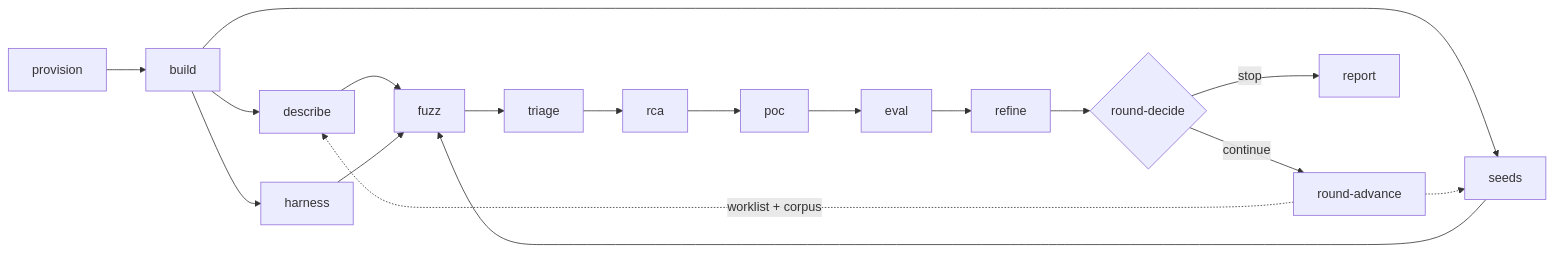
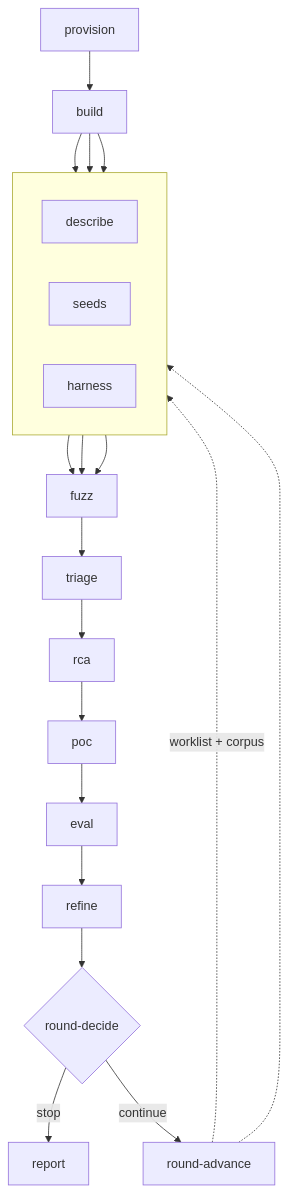
The diagram in docs/src/content/docs/getting-started/first-campaign.md (Indspl0it/gspwn), drawn with Mermaid before and after one commit. The commit also changed other lines of this file and 6 other files, not shown here.

````diff
--- a/docs/src/content/docs/getting-started/first-campaign.md
+++ b/docs/src/content/docs/getting-started/first-campaign.md
@@ -15,20 +15,26 @@
 ```mermaid
-flowchart LR
+flowchart TB
   P["provision"] --> B["build"]
-  B --> D["describe"]
-  B --> S["seeds"]
-  B --> H["harness"]
+  subgraph PAR[" "]
+    direction LR
+    D["describe"]
+    S["seeds"]
+    H["harness"]
+  end
+  B --> D
+  B --> S
+  B --> H
   D --> F["fuzz"]
   S --> F
   H --> F
   F --> T["triage"]
   T --> R["rca"]
   R --> C["poc"]
   C --> E["eval"]
   E --> RF["refine"]
   RF --> DEC{"round-decide"}
+  DEC -->|stop| REP["report"]
   DEC -->|continue| ADV["round-advance"]
   ADV -.->|"worklist + corpus"| D
   ADV -.-> S
-  DEC -->|stop| REP["report"]
 ```
````
